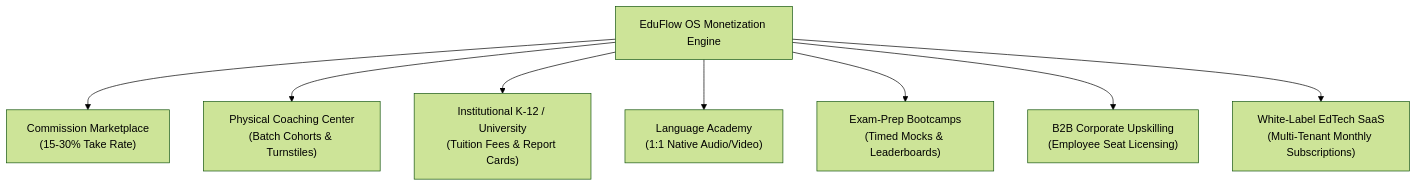
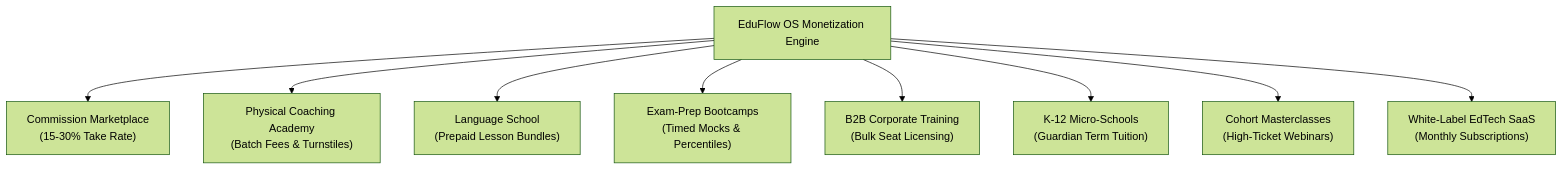
Before and after one commit to imranbru99/online-tutoring-marketplace-live-classes: the first of 2 diagrams in README.md, drawn with Mermaid (forest theme). The commit also changed other lines of this file and 6 other files, not shown here.

````diff
--- a/README.md
+++ b/README.md
@@ -116,17 +162,19 @@
 ```mermaid
 flowchart TD
     A["EduFlow OS Monetization Engine"] --> B["Commission Marketplace
 (15-30% Take Rate)"]
-    A --> C["Physical Coaching Center
-(Batch Cohorts & Turnstiles)"]
-    A --> D["Institutional K-12 / University
-(Tuition Fees & Report Cards)"]
-    A --> E["Language Academy
-(1:1 Native Audio/Video)"]
-    A --> F["Exam-Prep Bootcamps
-(Timed Mocks & Leaderboards)"]
-    A --> G["B2B Corporate Upskilling
-(Employee Seat Licensing)"]
-    A --> H["White-Label EdTech SaaS
-(Multi-Tenant Monthly Subscriptions)"]
+    A --> C["Physical Coaching Academy
+(Batch Fees & Turnstiles)"]
+    A --> D["Language School
+(Prepaid Lesson Bundles)"]
+    A --> E["Exam-Prep Bootcamps
+(Timed Mocks & Percentiles)"]
+    A --> F["B2B Corporate Training
+(Bulk Seat Licensing)"]
+    A --> G["K-12 Micro-Schools
+(Guardian Term Tuition)"]
+    A --> H["Cohort Masterclasses
+(High-Ticket Webinars)"]
+    A --> I["White-Label EdTech SaaS
+(Monthly Subscriptions)"]
 ```
````
